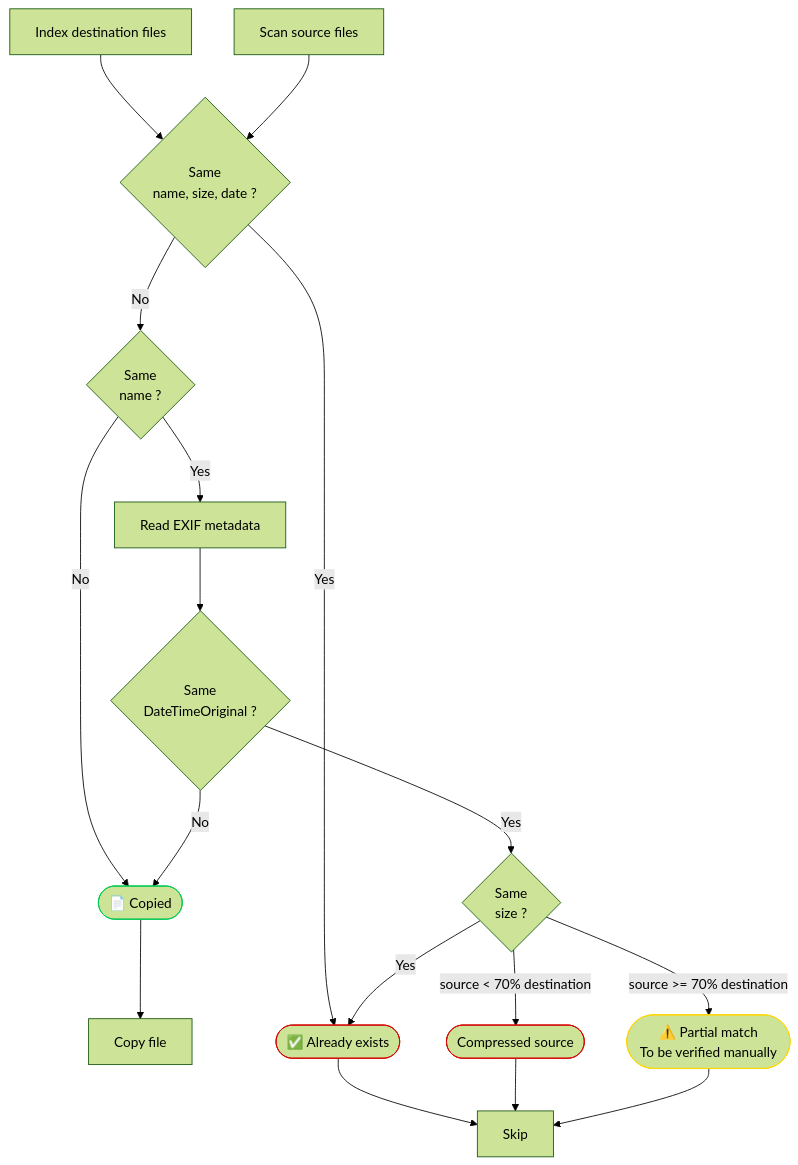
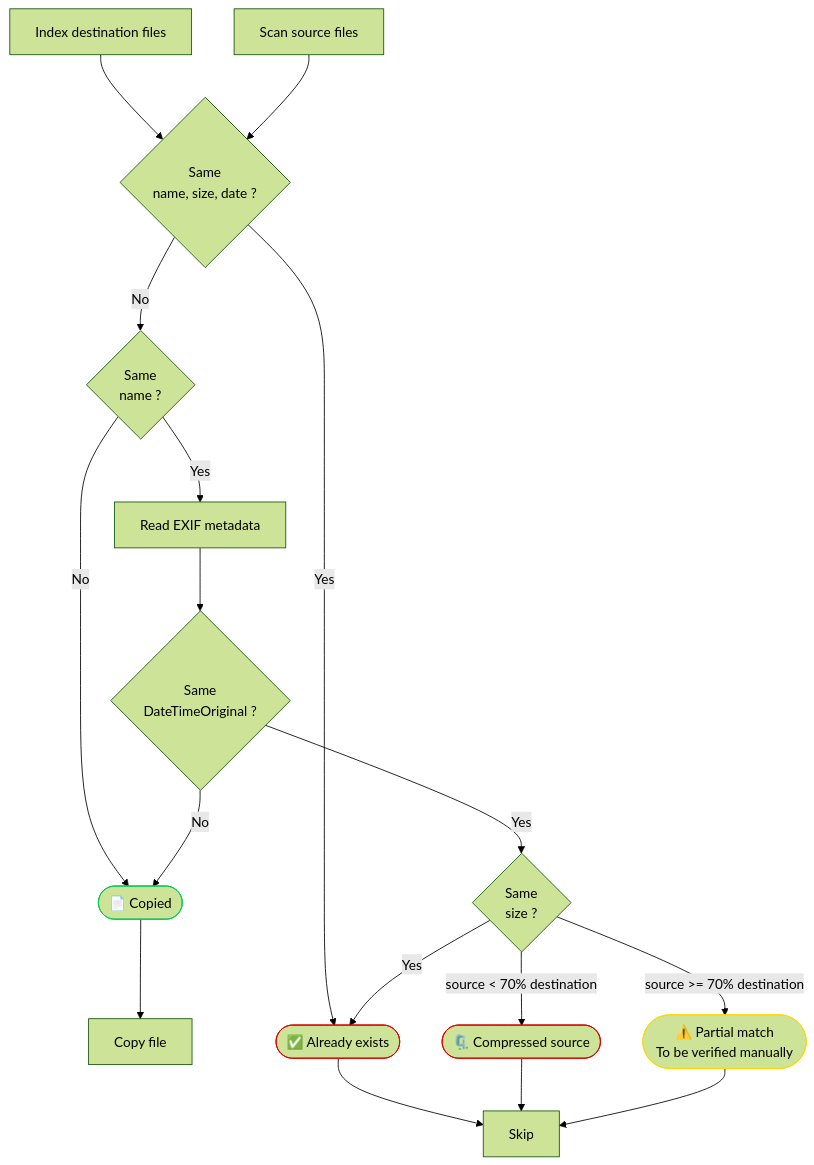
One commit to FunkyKwak/unique-photo-transfer changed the diagram in README.md. Above: the diagram before and after it, drawn with Mermaid (forest theme). The commit also changed other lines of this file, not shown here.

````diff
--- a/README.md
+++ b/README.md
@@ -54,45 +54,45 @@
 ```mermaid
 flowchart TD
 
     A[Index destination files]
     B[Scan source files]
     C{Same<br>name, size, date ?}
     D[Copy file]
     E([✅ Already exists])
     F[Read EXIF metadata]
     G{Same<br>DateTimeOriginal ?}
     H([📄 Copied])
     I([⚠️ Partial match<br>To be verified manually])
     J[Skip]
     L{Same<br>size ?}
-    M([Compressed source])
+    M([🗜️ Compressed source])
 
     A --> C
     B --> C
 
     C -->|Yes| E
     C -->|No| K{Same<br>name ?}
     
     K -->|No| H
     K -->|Yes| F
 
     F --> G
 
     G -->|Yes| L
     G -->|No| H
 
     L -->|Yes| E
     L -->|source < 70% destination| M
     L -->|source >= 70% destination| I
     
     H --> D
 
     E --> J
     M --> J
     I --> J
     
     style H stroke:#00C853
     style E stroke:#D50000
     style M stroke:#D50000
     style I stroke:#FFD600
 ```
````
